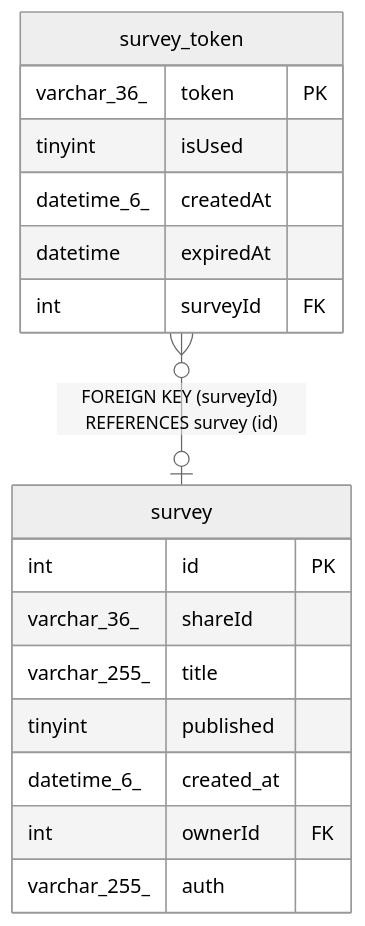
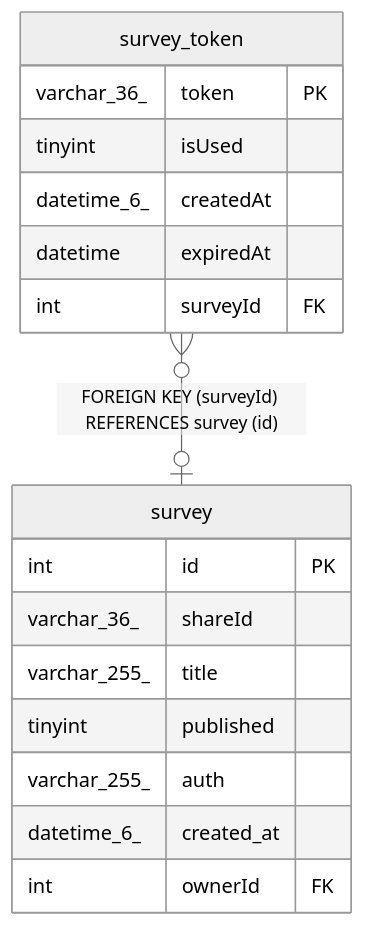
One commit to BepHblVI/First-nest changed the diagram in docs/database/survey_token.md. Above: the diagram before and after it, drawn with Mermaid (neutral theme). The commit also changed other lines of this file and 17 other files, not shown here.

````diff
--- a/docs/database/survey_token.md
+++ b/docs/database/survey_token.md
@@ -49,22 +49,22 @@
 ```mermaid
 erDiagram
 
 "survey_token" }o--o| "survey" : "FOREIGN KEY (surveyId) REFERENCES survey (id)"
 
 "survey_token" {
   varchar_36_ token PK
   tinyint isUsed
   datetime_6_ createdAt
   datetime expiredAt
   int surveyId FK
 }
 "survey" {
   int id PK
   varchar_36_ shareId
   varchar_255_ title
   tinyint published
+  varchar_255_ auth
   datetime_6_ created_at
   int ownerId FK
-  varchar_255_ auth
 }
 ```
````
